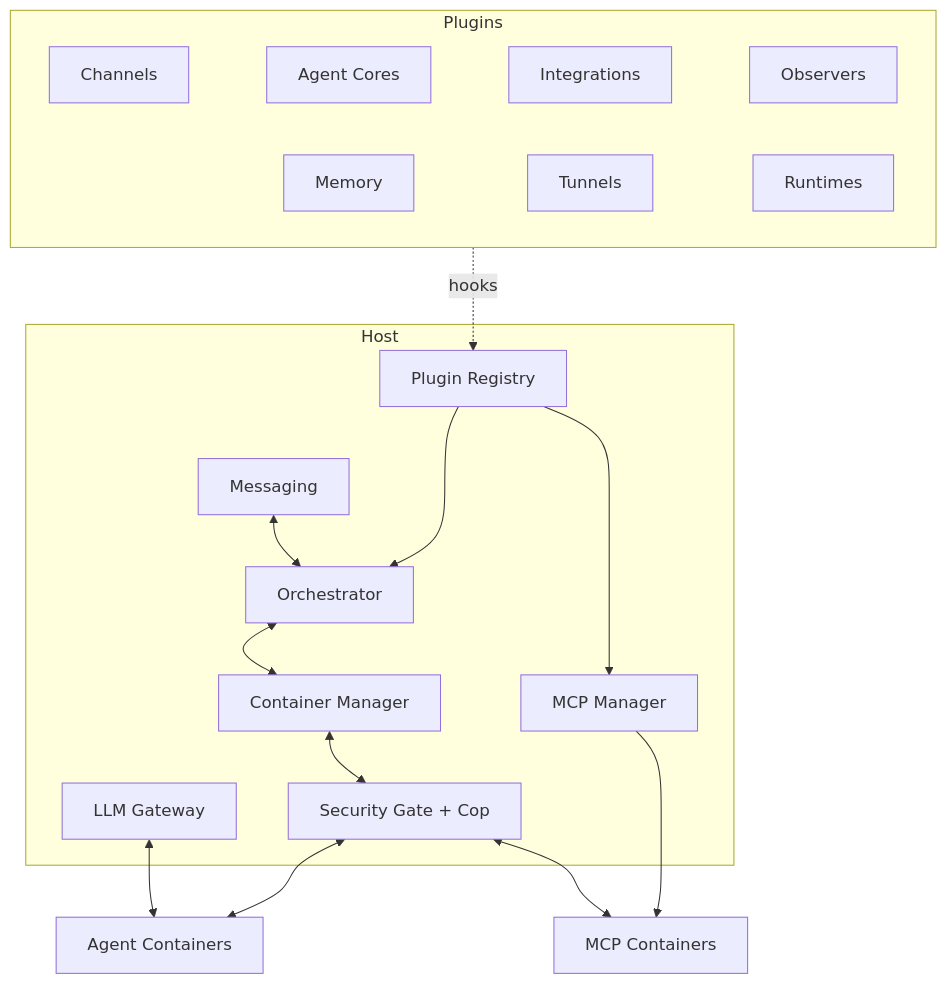
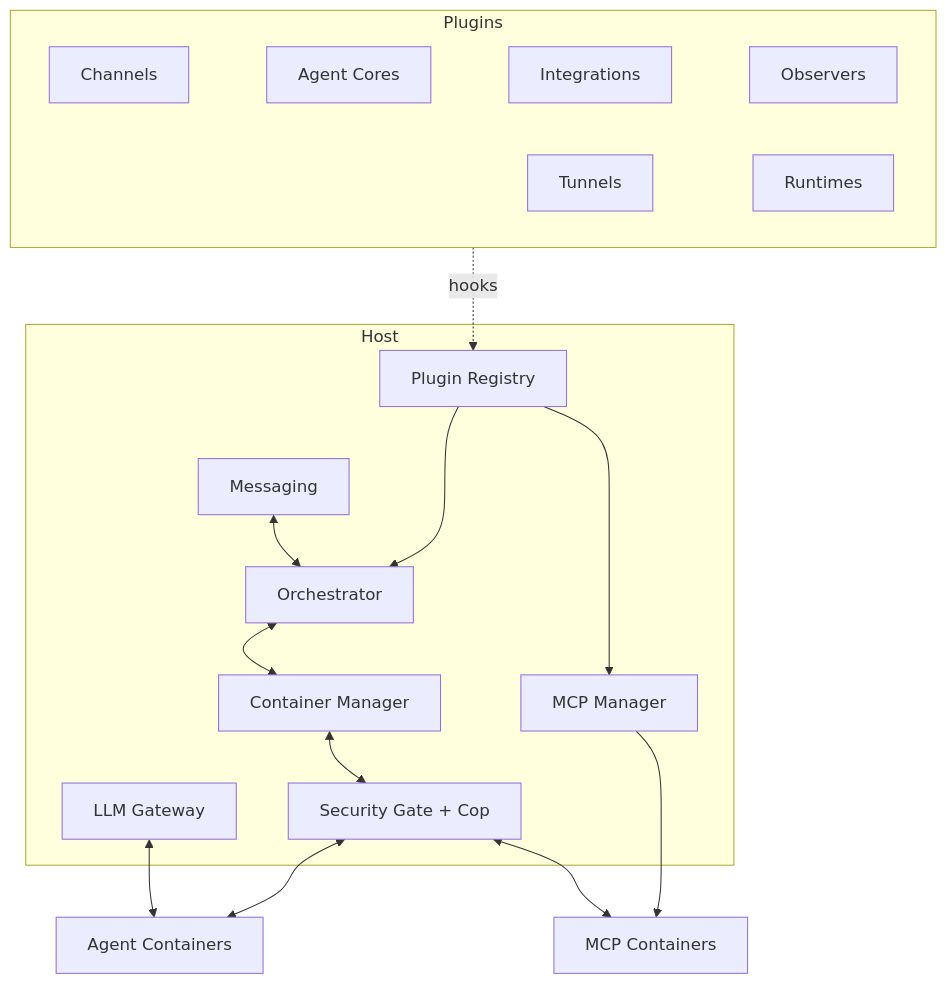
The diagram in docs/architecture/index.md (crypdick/pynchy), drawn with Mermaid before and after one commit. The commit also changed other lines of this file and 62 other files, not shown here.

````diff
--- a/docs/architecture/index.md
+++ b/docs/architecture/index.md
@@ -7,28 +7,28 @@
 ```mermaid
 graph TB
     subgraph plugins ["Plugins"]
         CH["Channels"] ~~~ AC["Agent Cores"] ~~~ INT["Integrations"] ~~~ OBS["Observers"]
-        MEM["Memory"] ~~~ TUN["Tunnels"] ~~~ RT["Runtimes"]
+        TUN["Tunnels"] ~~~ RT["Runtimes"]
     end
 
     subgraph host ["Host"]
         Registry["Plugin Registry"] ~~~ Messaging
         Orchestrator ~~~ ContainerMgr["Container Manager"]
         MCP["MCP Manager"] ~~~ Security["Security Gate + Cop"]
         Gateway["LLM Gateway"]
     end
 
     Agent["Agent Containers"]
     MCPCont["MCP Containers"]
 
     plugins -. "hooks" .-> Registry
     Registry --> Orchestrator
     Registry --> MCP
     Messaging <--> Orchestrator
     Orchestrator <--> ContainerMgr
     ContainerMgr <--> Security
     MCP --> MCPCont
     Security <--> Agent
     Security <--> MCPCont
     Gateway <--> Agent
 ```
````
